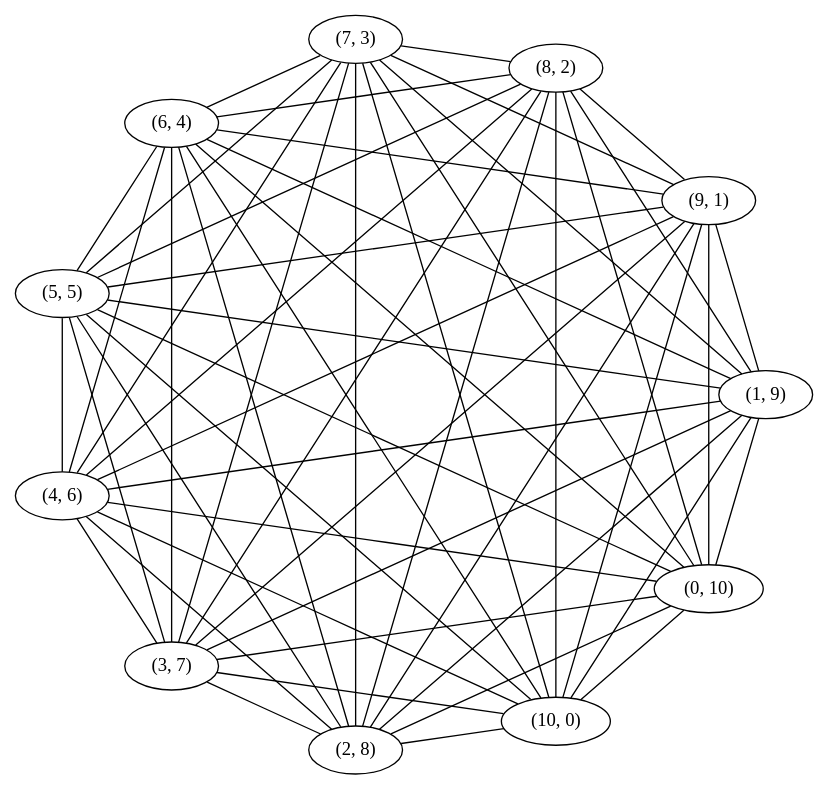
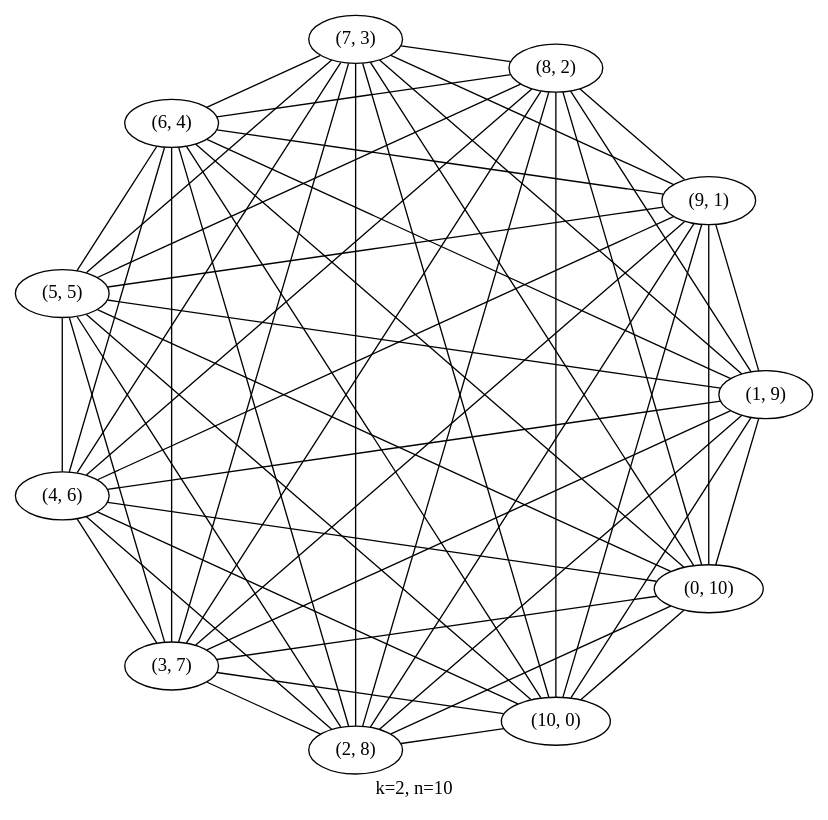
The diagram in graph.dot (capricorn/convolutions), drawn with Graphviz before and after one commit. The commit also changed 2 other files, not shown here.

Commit message:
Add graph label denoting convolution parameters

```diff
--- a/graph.dot
+++ b/graph.dot
@@ -1,115 +1,116 @@
 graph {
     layout="circo"
+    label="k=2, n=10"
 
     
     "(0, 10)" -- "(1, 9)"
     
     "(0, 10)" -- "(2, 8)"
     
     "(0, 10)" -- "(3, 7)"
     
     "(0, 10)" -- "(4, 6)"
     
     "(0, 10)" -- "(5, 5)"
     
     "(0, 10)" -- "(6, 4)"
     
     "(0, 10)" -- "(7, 3)"
     
     "(0, 10)" -- "(8, 2)"
     
     "(0, 10)" -- "(9, 1)"
     
     "(0, 10)" -- "(10, 0)"
     
     "(1, 9)" -- "(2, 8)"
     
     "(1, 9)" -- "(3, 7)"
     
     "(1, 9)" -- "(4, 6)"
     
     "(1, 9)" -- "(5, 5)"
     
     "(1, 9)" -- "(6, 4)"
     
     "(1, 9)" -- "(7, 3)"
     
     "(1, 9)" -- "(8, 2)"
     
     "(1, 9)" -- "(9, 1)"
     
     "(1, 9)" -- "(10, 0)"
     
     "(2, 8)" -- "(3, 7)"
     
     "(2, 8)" -- "(4, 6)"
     
     "(2, 8)" -- "(5, 5)"
     
     "(2, 8)" -- "(6, 4)"
     
     "(2, 8)" -- "(7, 3)"
     
     "(2, 8)" -- "(8, 2)"
     
     "(2, 8)" -- "(9, 1)"
     
     "(2, 8)" -- "(10, 0)"
     
     "(3, 7)" -- "(4, 6)"
     
     "(3, 7)" -- "(5, 5)"
     
     "(3, 7)" -- "(6, 4)"
     
     "(3, 7)" -- "(7, 3)"
     
     "(3, 7)" -- "(8, 2)"
     
     "(3, 7)" -- "(9, 1)"
     
     "(3, 7)" -- "(10, 0)"
     
     "(4, 6)" -- "(5, 5)"
     
     "(4, 6)" -- "(6, 4)"
     
     "(4, 6)" -- "(7, 3)"
     
     "(4, 6)" -- "(8, 2)"
     
     "(4, 6)" -- "(9, 1)"
     
     "(4, 6)" -- "(10, 0)"
     
     "(5, 5)" -- "(6, 4)"
     
     "(5, 5)" -- "(7, 3)"
     
     "(5, 5)" -- "(8, 2)"
     
     "(5, 5)" -- "(9, 1)"
     
     "(5, 5)" -- "(10, 0)"
     
     "(6, 4)" -- "(7, 3)"
     
     "(6, 4)" -- "(8, 2)"
     
     "(6, 4)" -- "(9, 1)"
     
     "(6, 4)" -- "(10, 0)"
     
     "(7, 3)" -- "(8, 2)"
     
     "(7, 3)" -- "(9, 1)"
     
     "(7, 3)" -- "(10, 0)"
     
     "(8, 2)" -- "(9, 1)"
     
     "(8, 2)" -- "(10, 0)"
     
     "(9, 1)" -- "(10, 0)"
     
 }
```
